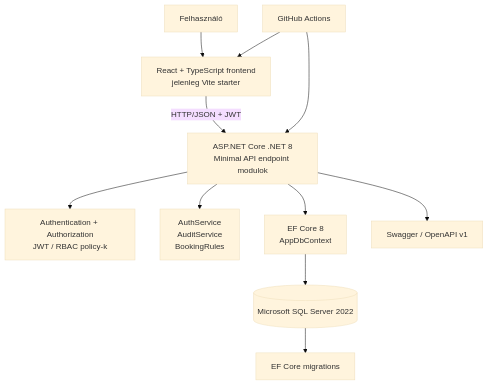
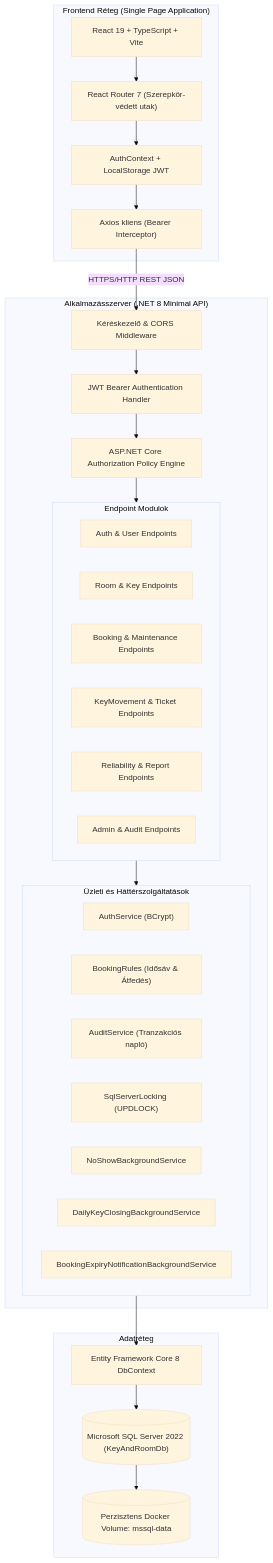
The second of 4 diagrams in projektterv.md (CsKitti24/ProjektLabor), drawn with Mermaid (base theme) before and after one commit. The commit also changed other lines of this file and 37 other files, not shown here.

Commit message:
feat(frontend): implement minimalist UI, authentication and role-based dashboard

````diff
--- a/projektterv.md
+++ b/projektterv.md
@@ -50,13 +75,47 @@
 ```mermaid
 flowchart TB
-    U["Felhasználó"] --> UI["React + TypeScript frontend<br/>jelenleg Vite starter"]
-    UI -->|HTTP/JSON + JWT| API["ASP.NET Core .NET 8<br/>Minimal API endpoint modulok"]
-    API --> POL["Authentication + Authorization<br/>JWT / RBAC policy-k"]
-    API --> SVC["AuthService<br/>AuditService<br/>BookingRules"]
-    API --> DATA["EF Core 8<br/>AppDbContext"]
-    DATA --> DB[("Microsoft SQL Server 2022")]
-    API --> DOC["Swagger / OpenAPI v1"]
-    DB --> MIG["EF Core migrations"]
-    CI["GitHub Actions"] --> API
-    CI --> UI
+    subgraph Kliens["Frontend Réteg (Single Page Application)"]
+        UI["React 19 + TypeScript + Vite"]
+        Router["React Router 7 (Szerepkör-védett utak)"]
+        State["AuthContext + LocalStorage JWT"]
+        HTTP["Axios kliens (Bearer Interceptor)"]
+        UI --> Router --> State --> HTTP
+    end
+
+    subgraph Backend["Alkalmazásszerver (.NET 8 Minimal API)"]
+        GW["Kéréskezelő & CORS Middleware"]
+        AuthM["JWT Bearer Authentication Handler"]
+        RBAC["ASP.NET Core Authorization Policy Engine"]
+        
+        subgraph Endpoints["Endpoint Modulok"]
+            EP_Auth["Auth & User Endpoints"]
+            EP_Room["Room & Key Endpoints"]
+            EP_Book["Booking & Maintenance Endpoints"]
+            EP_Move["KeyMovement & Ticket Endpoints"]
+            EP_Rel["Reliability & Report Endpoints"]
+            EP_Admin["Admin & Audit Endpoints"]
+        end
+
+        subgraph Services["Üzleti és Háttérszolgáltatások"]
+            S_Auth["AuthService (BCrypt)"]
+            S_Rules["BookingRules (Idősáv & Átfedés)"]
+            S_Audit["AuditService (Tranzakciós napló)"]
+            S_Lock["SqlServerLocking (UPDLOCK)"]
+            BG_NoShow["NoShowBackgroundService"]
+            BG_Closing["DailyKeyClosingBackgroundService"]
+            BG_Notif["BookingExpiryNotificationBackgroundService"]
+        end
+
+        GW --> AuthM --> RBAC --> Endpoints
+        Endpoints --> Services
+    end
+
+    subgraph Adatbázis["Adatréteg"]
+        EF["Entity Framework Core 8 DbContext"]
+        DB[("Microsoft SQL Server 2022 (KeyAndRoomDb)")]
+        Vol[("Perzisztens Docker Volume: mssql-data")]
+        Services --> EF --> DB --> Vol
+    end
+
+    HTTP -->|HTTPS/HTTP REST JSON| GW
 ```
````
